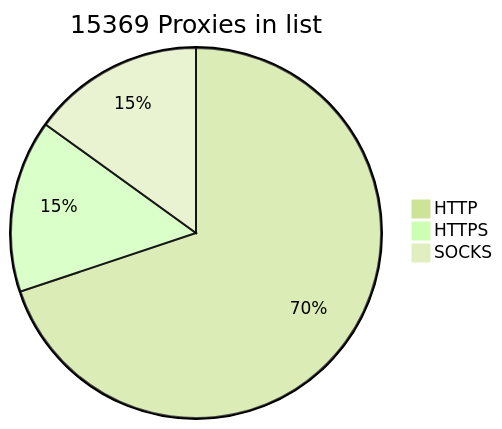
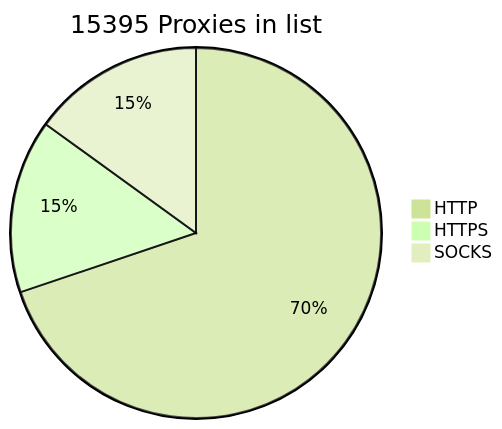
The diagram in README.md (BlackSnowDot/proxylist-update-every-minute), drawn with Mermaid (forest theme) before and after one commit.

````diff
--- a/README.md
+++ b/README.md
@@ -2,6 +2,6 @@
 ```mermaid
-pie title 15369 Proxies in list
-    "HTTP" : 11239
-    "HTTPS": 2424
+pie title 15395 Proxies in list
+    "HTTP" : 11248
+    "HTTPS": 2440
     "SOCKS" : 2421
 ```
````
